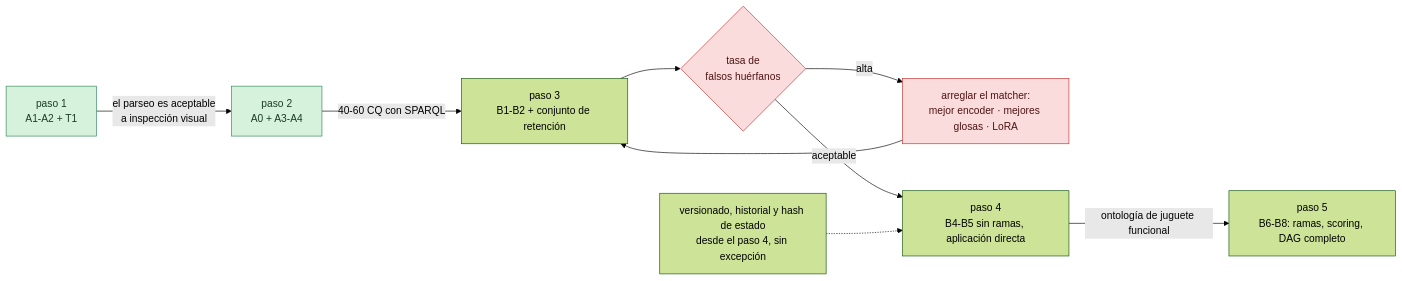
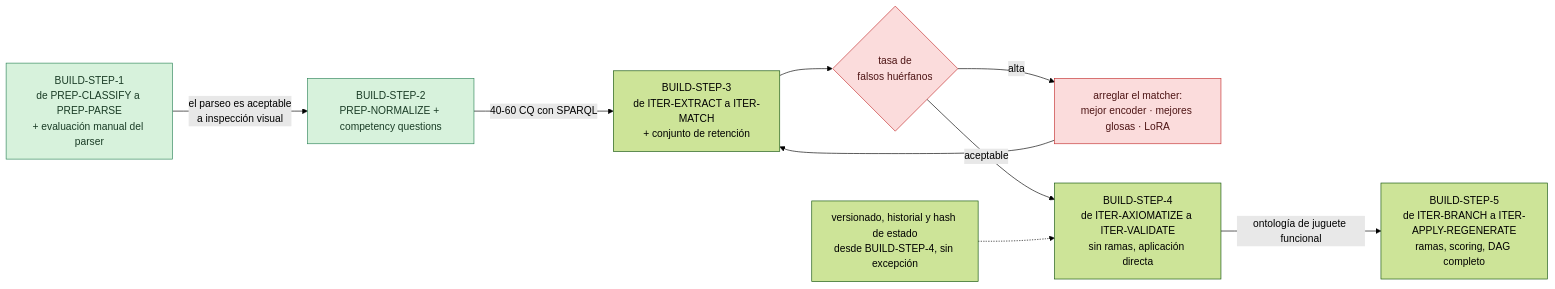
Before and after one commit to gonzatorte/ontology_and_llm_pipeline: the eighth of 8 diagrams in especificacion_pipeline_ontologia.md, drawn with Mermaid (forest theme). The commit also changed other lines of this file, not shown here.

````diff
--- a/especificacion_pipeline_ontologia.md
+++ b/especificacion_pipeline_ontologia.md
@@ -1258,16 +1260,16 @@
 ```mermaid
 flowchart LR
-  P1["paso 1<br/>A1-A2 + T1"] -->|"el parseo es aceptable<br/>a inspección visual"| P2["paso 2<br/>A0 + A3-A4"]
-  P2 -->|"40-60 CQ con SPARQL"| P3["paso 3<br/>B1-B2 + conjunto de retención"]
+  P1["BUILD-STEP-1<br/>de PREP-CLASSIFY a PREP-PARSE<br/>+ evaluación manual del parser"] -->|"el parseo es aceptable<br/>a inspección visual"| P2["BUILD-STEP-2<br/>PREP-NORMALIZE + competency questions"]
+  P2 -->|"40-60 CQ con SPARQL"| P3["BUILD-STEP-3<br/>de ITER-EXTRACT a ITER-MATCH<br/>+ conjunto de retención"]
   P3 --> GATE{"tasa de<br/>falsos huérfanos"}
   GATE -->|"alta"| FIX["arreglar el matcher:<br/>mejor encoder · mejores glosas · LoRA"]
   FIX --> P3
-  GATE -->|"aceptable"| P4["paso 4<br/>B4-B5 sin ramas, aplicación directa"]
-  P4 -->|"ontología de juguete funcional"| P5["paso 5<br/>B6-B8: ramas, scoring, DAG completo"]
-  VER["versionado, historial y hash de estado<br/>desde el paso 4, sin excepción"] -.-> P4
+  GATE -->|"aceptable"| P4["BUILD-STEP-4<br/>de ITER-AXIOMATIZE a ITER-VALIDATE<br/>sin ramas, aplicación directa"]
+  P4 -->|"ontología de juguete funcional"| P5["BUILD-STEP-5<br/>de ITER-BRANCH a ITER-APPLY-REGENERATE<br/>ramas, scoring, DAG completo"]
+  VER["versionado, historial y hash de estado<br/>desde BUILD-STEP-4, sin excepción"] -.-> P4
 
   classDef gate fill:#fbdcdc,stroke:#c53030,color:#4d1414
   classDef done fill:#d7f2dc,stroke:#2f855a,color:#1a3c26
   class GATE,FIX gate
   class P1,P2 done
 ```
````
